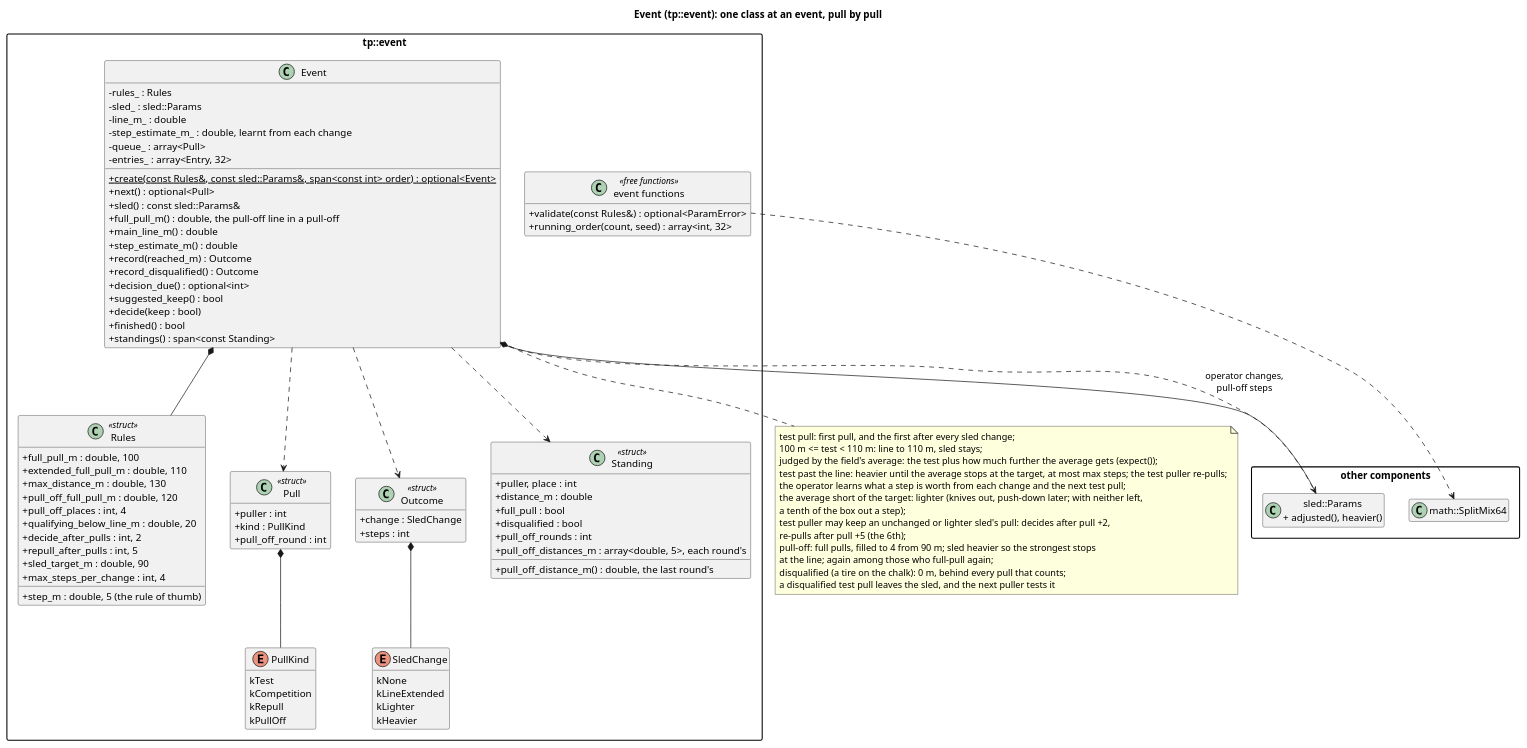
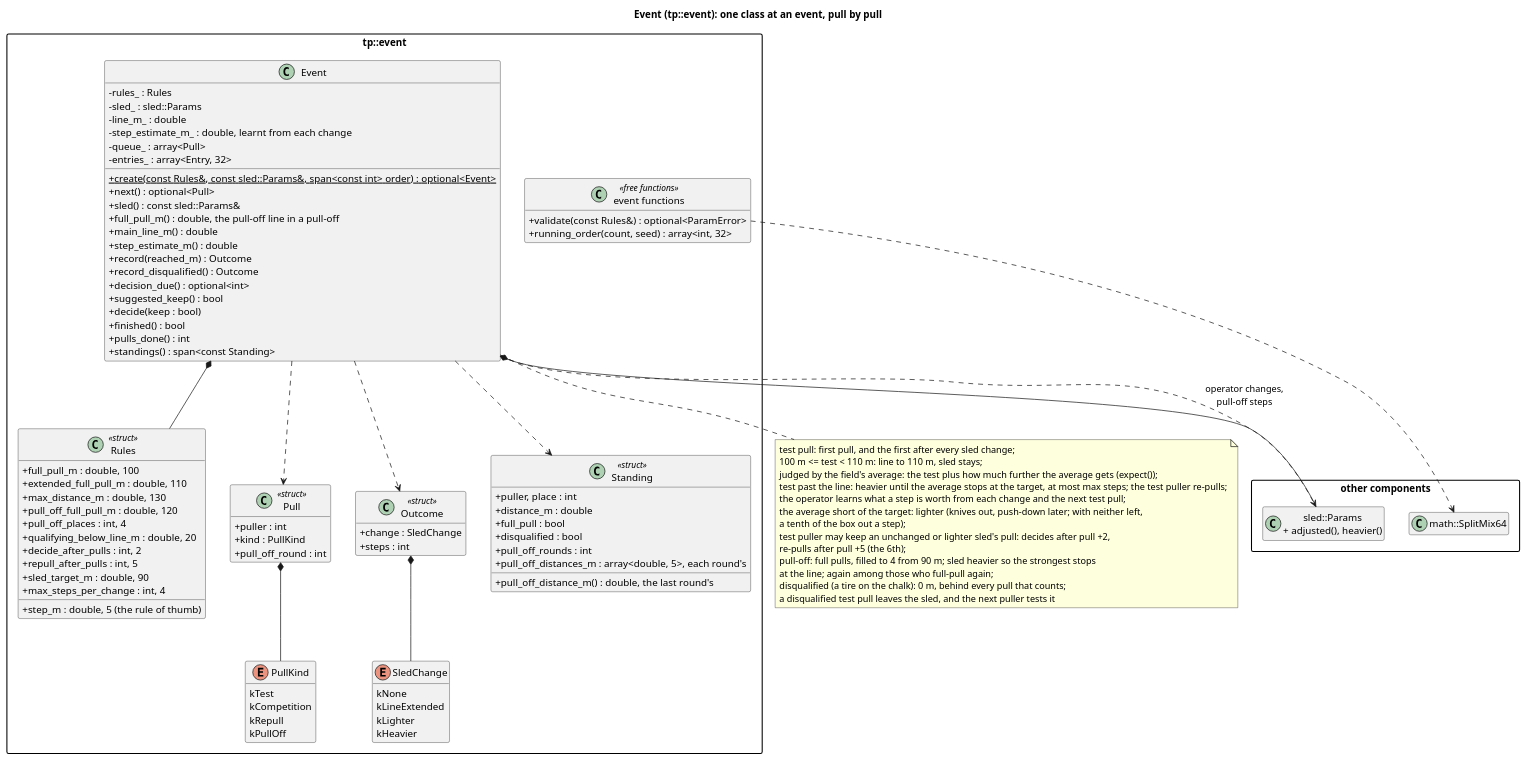
The diagram in docs/diagrams/event_classes.puml (wversteeg/TractorPulling), drawn with PlantUML before and after one commit. The commit also changed 82 other files, not shown here.

```diff
--- a/docs/diagrams/event_classes.puml
+++ b/docs/diagrams/event_classes.puml
@@ -1,106 +1,107 @@
 @startuml event_classes
 title Event (tp::event): one class at an event, pull by pull
 hide empty members
 skinparam packageStyle rectangle
 skinparam classAttributeIconSize 0
 
 package "other components" {
   class "sled::Params\n+ adjusted(), heavier()" as Sled
   class "math::SplitMix64" as Random
 }
 
 package "tp::event" {
   class Rules <<struct>> {
     +full_pull_m : double, 100
     +extended_full_pull_m : double, 110
     +max_distance_m : double, 130
     +pull_off_full_pull_m : double, 120
     +pull_off_places : int, 4
     +qualifying_below_line_m : double, 20
     +decide_after_pulls : int, 2
     +repull_after_pulls : int, 5
     +sled_target_m : double, 90
     +step_m : double, 5 (the rule of thumb)
     +max_steps_per_change : int, 4
   }
   class Pull <<struct>> {
     +puller : int
     +kind : PullKind
     +pull_off_round : int
   }
   enum PullKind {
     kTest
     kCompetition
     kRepull
     kPullOff
   }
   enum SledChange {
     kNone
     kLineExtended
     kLighter
     kHeavier
   }
   class Outcome <<struct>> {
     +change : SledChange
     +steps : int
   }
   class Standing <<struct>> {
     +puller, place : int
     +distance_m : double
     +full_pull : bool
     +disqualified : bool
     +pull_off_rounds : int
     +pull_off_distances_m : array<double, 5>, each round's
     +pull_off_distance_m() : double, the last round's
   }
   class Event {
     -rules_ : Rules
     -sled_ : sled::Params
     -line_m_ : double
     -step_estimate_m_ : double, learnt from each change
     -queue_ : array<Pull>
     -entries_ : array<Entry, 32>
     +{static} create(const Rules&, const sled::Params&, span<const int> order) : optional<Event>
     +next() : optional<Pull>
     +sled() : const sled::Params&
     +full_pull_m() : double, the pull-off line in a pull-off
     +main_line_m() : double
     +step_estimate_m() : double
     +record(reached_m) : Outcome
     +record_disqualified() : Outcome
     +decision_due() : optional<int>
     +suggested_keep() : bool
     +decide(keep : bool)
     +finished() : bool
+    +pulls_done() : int
     +standings() : span<const Standing>
   }
   class "event functions" as EventFns <<free functions>> {
     +validate(const Rules&) : optional<ParamError>
     +running_order(count, seed) : array<int, 32>
   }
   Event *-- Rules
   Event ..> Pull
   Event ..> Outcome
   Event ..> Standing
   Pull *-- PullKind
   Outcome *-- SledChange
 }
 Event *-- Sled
 Event ..> Sled : operator changes,\npull-off steps
 EventFns ..> Random
 note bottom of Event
   test pull: first pull, and the first after every sled change;
   100 m <= test < 110 m: line to 110 m, sled stays;
   judged by the field's average: the test plus how much further the average gets (expect());
   test past the line: heavier until the average stops at the target, at most max steps; the test puller re-pulls;
   the operator learns what a step is worth from each change and the next test pull;
   the average short of the target: lighter (knives out, push-down later; with neither left,
   a tenth of the box out a step);
   test puller may keep an unchanged or lighter sled's pull: decides after pull +2,
   re-pulls after pull +5 (the 6th);
   pull-off: full pulls, filled to 4 from 90 m; sled heavier so the strongest stops
   at the line; again among those who full-pull again;
   disqualified (a tire on the chalk): 0 m, behind every pull that counts;
   a disqualified test pull leaves the sled, and the next puller tests it
 end note
 @enduml
```
